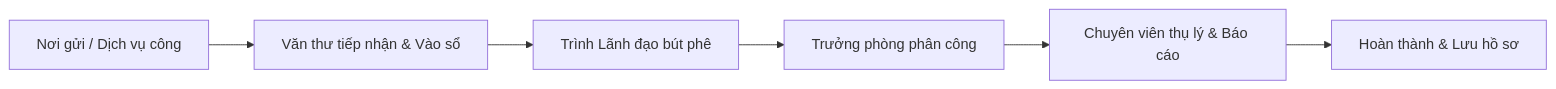
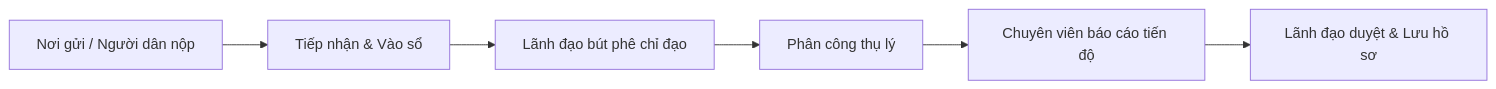
Before and after one commit to nquynhmai2911/quan-ly-hanh-chinh: the first of 2 diagrams in README.md, drawn with Mermaid. The commit also changed other lines of this file and 3 other files, not shown here.

````diff
--- a/README.md
+++ b/README.md
@@ -46,8 +50,8 @@
 ```mermaid
 flowchart LR
-    A["Nơi gửi / Dịch vụ công"] --> B["Văn thư tiếp nhận & Vào sổ"]
-    B --> C["Trình Lãnh đạo bút phê"]
-    C --> D["Trưởng phòng phân công"]
-    D --> E["Chuyên viên thụ lý & Báo cáo"]
-    E --> F["Hoàn thành & Lưu hồ sơ"]
+    A["Nơi gửi / Người dân nộp"] --> B["Tiếp nhận & Vào sổ"]
+    B --> C["Lãnh đạo bút phê chỉ đạo"]
+    C --> D["Phân công thụ lý"]
+    D --> E["Chuyên viên báo cáo tiến độ"]
+    E --> F["Lãnh đạo duyệt & Lưu hồ sơ"]
 ```
````
